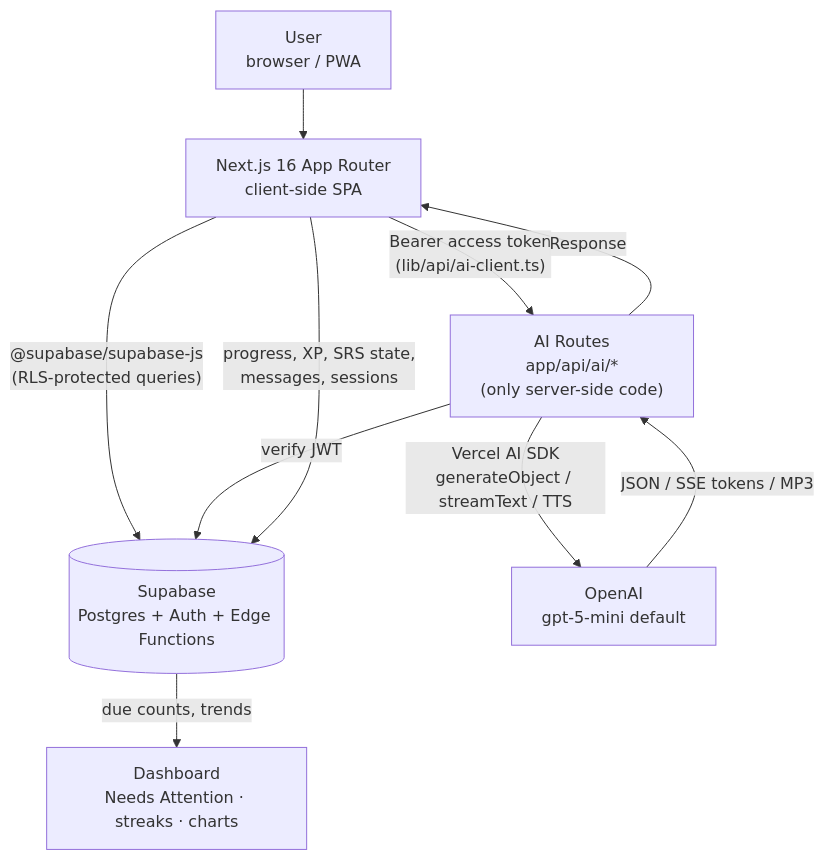
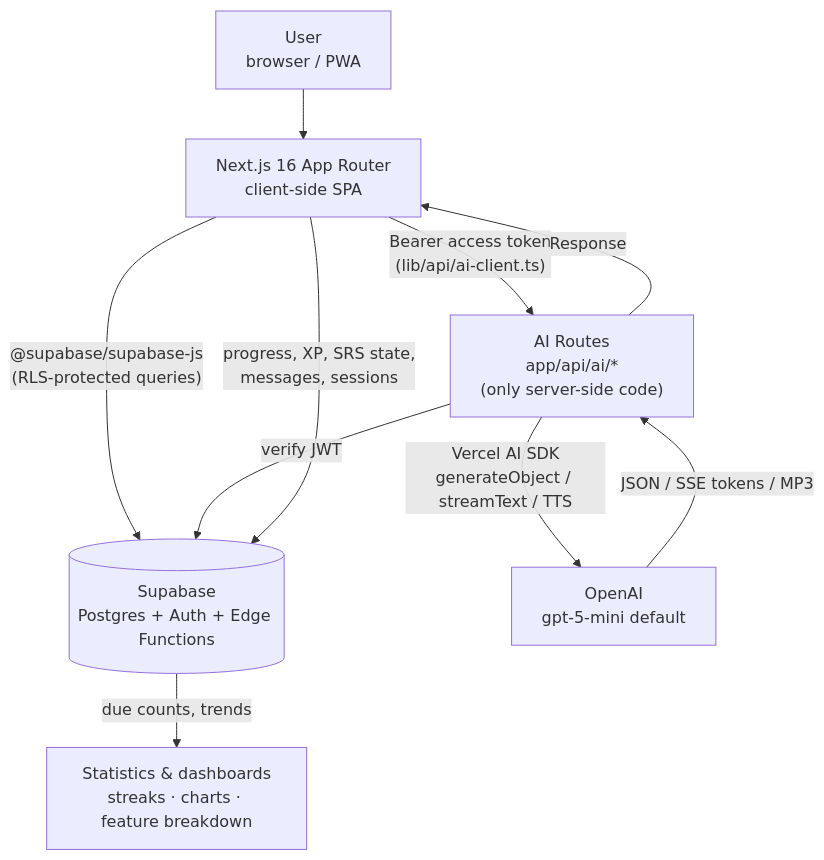
Before and after one commit to Hen-Heang/koriai-frontend: the first of 4 diagrams in README.md, drawn with Mermaid. The commit also changed other lines of this file and 38 other files, not shown here.

````diff
--- a/README.md
+++ b/README.md
@@ -197,15 +200,15 @@
 ```mermaid
 flowchart TD
     U[User<br/>browser / PWA] --> N[Next.js 16 App Router<br/>client-side SPA]
 
     N -->|"@supabase/supabase-js<br/>(RLS-protected queries)"| S[(Supabase<br/>Postgres + Auth + Edge Functions)]
     N -->|"Bearer access token<br/>(lib/api/ai-client.ts)"| A["AI Routes<br/>app/api/ai/*<br/>(only server-side code)"]
 
     A -->|verify JWT| S
     A -->|"Vercel AI SDK<br/>generateObject / streamText / TTS"| O[OpenAI<br/>gpt-5-mini default]
 
     O -->|"JSON / SSE tokens / MP3"| A
     A -->|Response| N
     N -->|"progress, XP, SRS state,<br/>messages, sessions"| S
-    S -->|due counts, trends| D[Dashboard<br/>Needs Attention · streaks · charts]
+    S -->|due counts, trends| D[Statistics & dashboards<br/>streaks · charts · feature breakdown]
 ```
````
